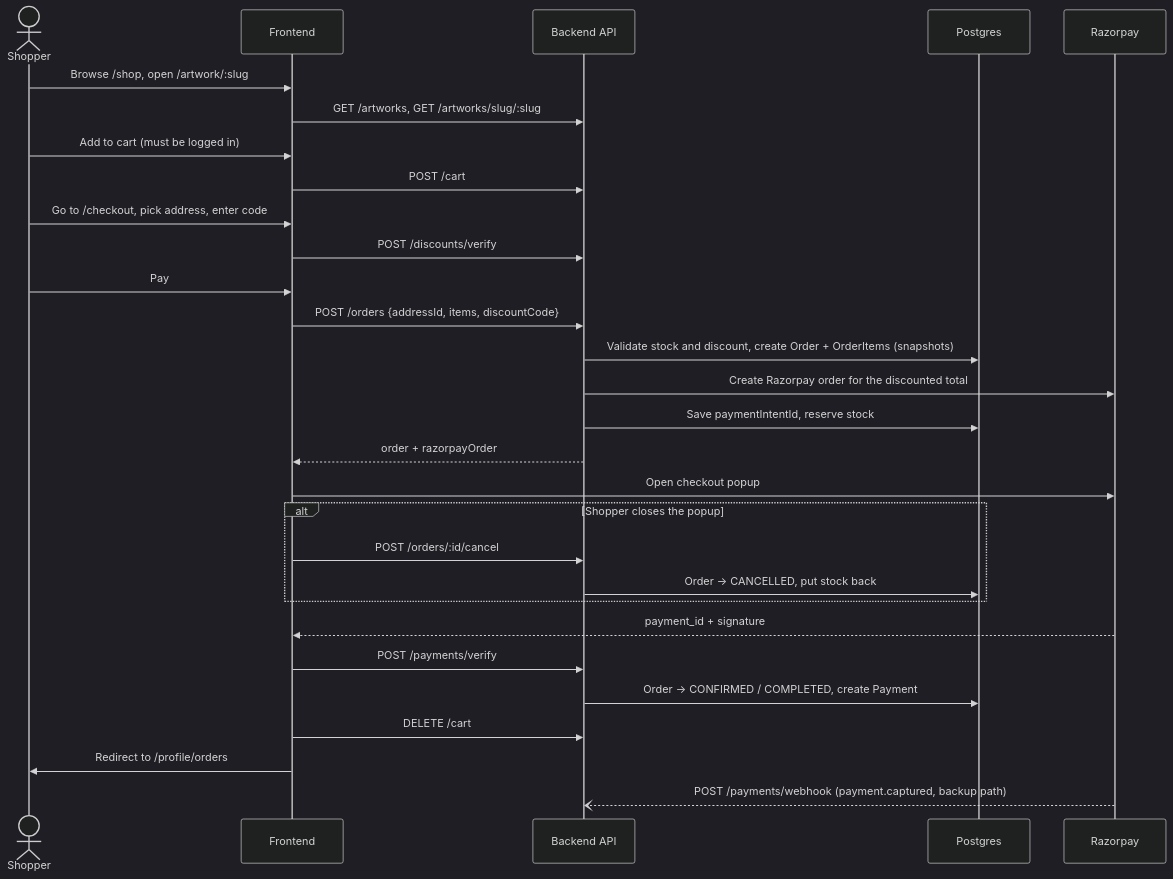
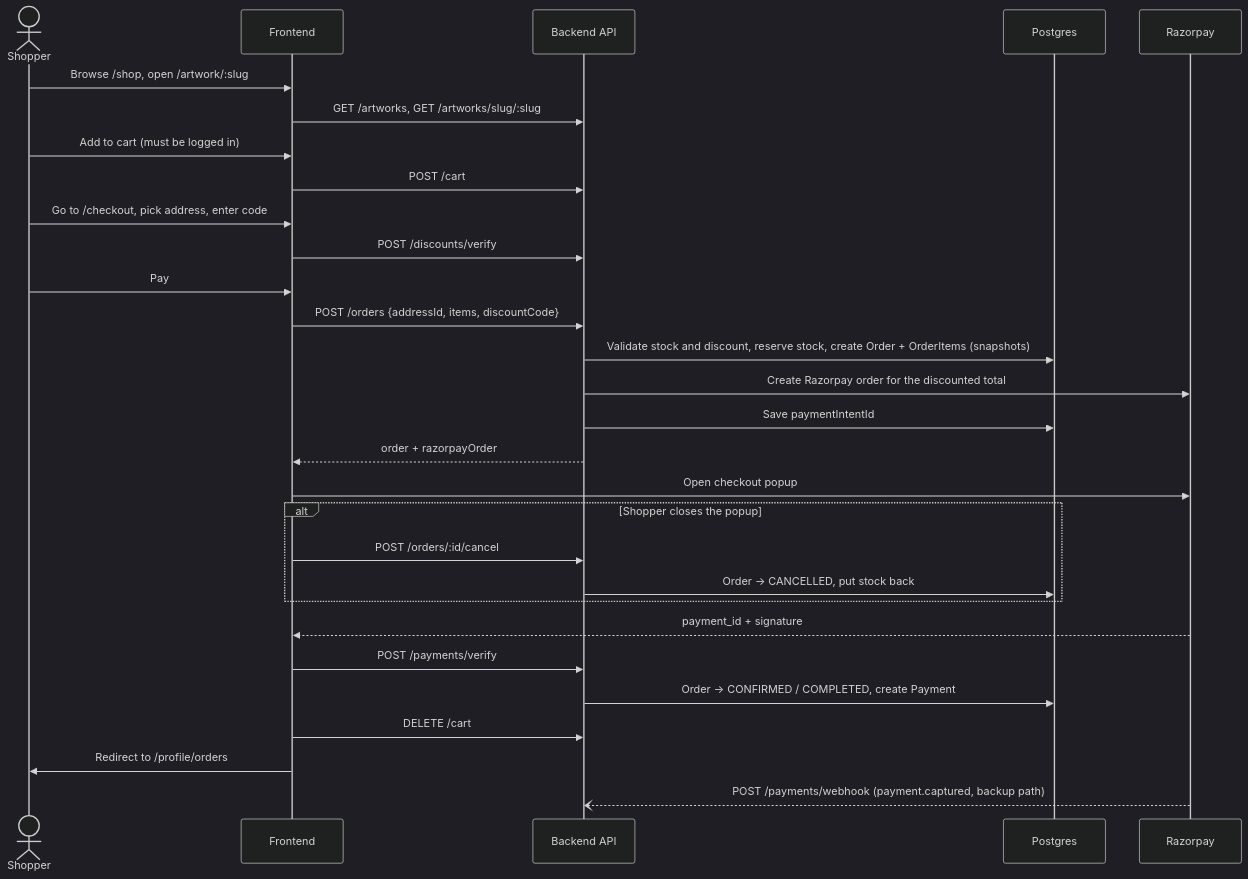
The second of 2 diagrams in README.md (fal4782/art-store), drawn with Mermaid (dark theme) before and after one commit. The commit also changed other lines of this file and 17 other files, not shown here.

````diff
--- a/README.md
+++ b/README.md
@@ -123,32 +123,32 @@
 ```mermaid
 sequenceDiagram
     actor S as Shopper
     participant FE as Frontend
     participant API as Backend API
     participant DB as Postgres
     participant RZ as Razorpay
 
     S->>FE: Browse /shop, open /artwork/:slug
     FE->>API: GET /artworks, GET /artworks/slug/:slug
     S->>FE: Add to cart (must be logged in)
     FE->>API: POST /cart
     S->>FE: Go to /checkout, pick address, enter code
     FE->>API: POST /discounts/verify
     S->>FE: Pay
     FE->>API: POST /orders {addressId, items, discountCode}
-    API->>DB: Validate stock and discount, create Order + OrderItems (snapshots)
+    API->>DB: Validate stock and discount, reserve stock, create Order + OrderItems (snapshots)
     API->>RZ: Create Razorpay order for the discounted total
-    API->>DB: Save paymentIntentId, reserve stock
+    API->>DB: Save paymentIntentId
     API-->>FE: order + razorpayOrder
     FE->>RZ: Open checkout popup
     alt Shopper closes the popup
         FE->>API: POST /orders/:id/cancel
         API->>DB: Order → CANCELLED, put stock back
     end
     RZ-->>FE: payment_id + signature
     FE->>API: POST /payments/verify
     API->>DB: Order → CONFIRMED / COMPLETED, create Payment
     FE->>API: DELETE /cart
     FE->>S: Redirect to /profile/orders
     RZ--)API: POST /payments/webhook (payment.captured, backup path)
 ```
````
